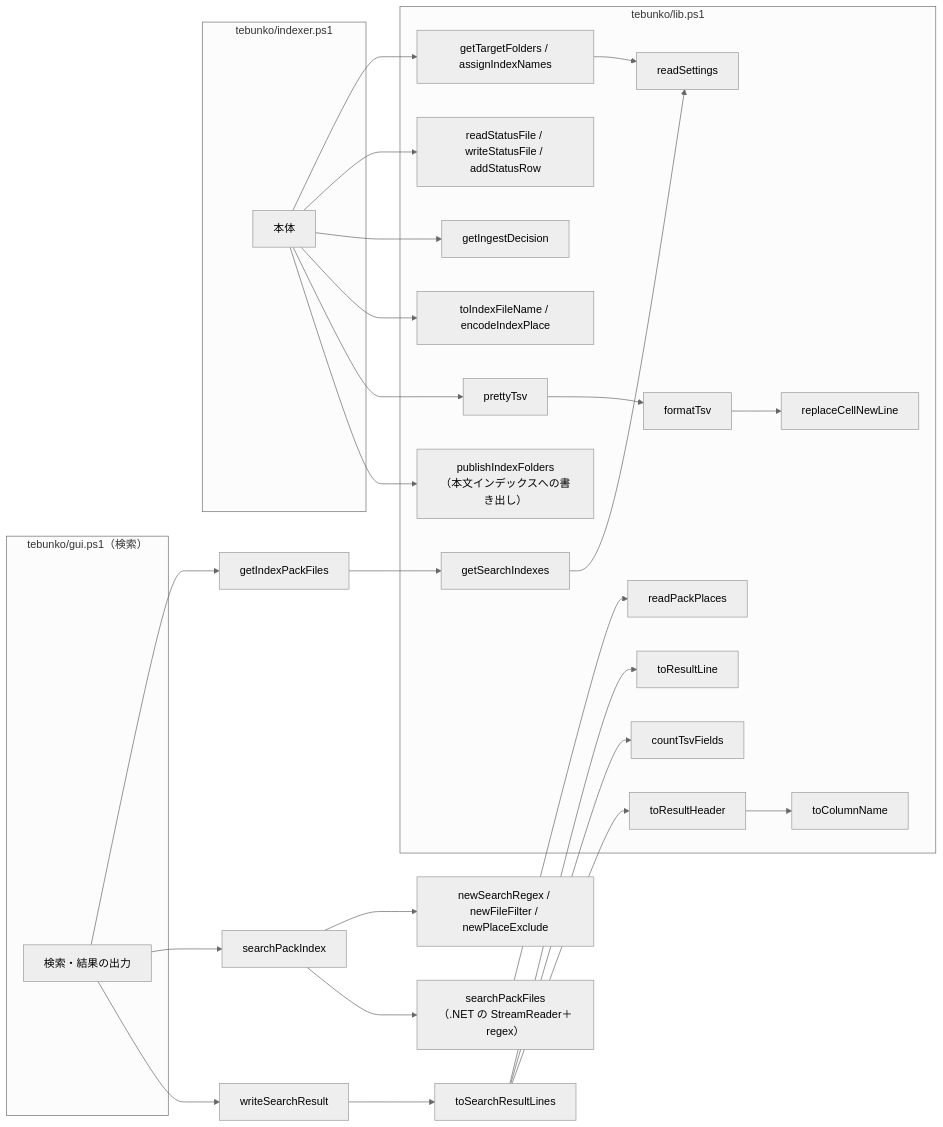
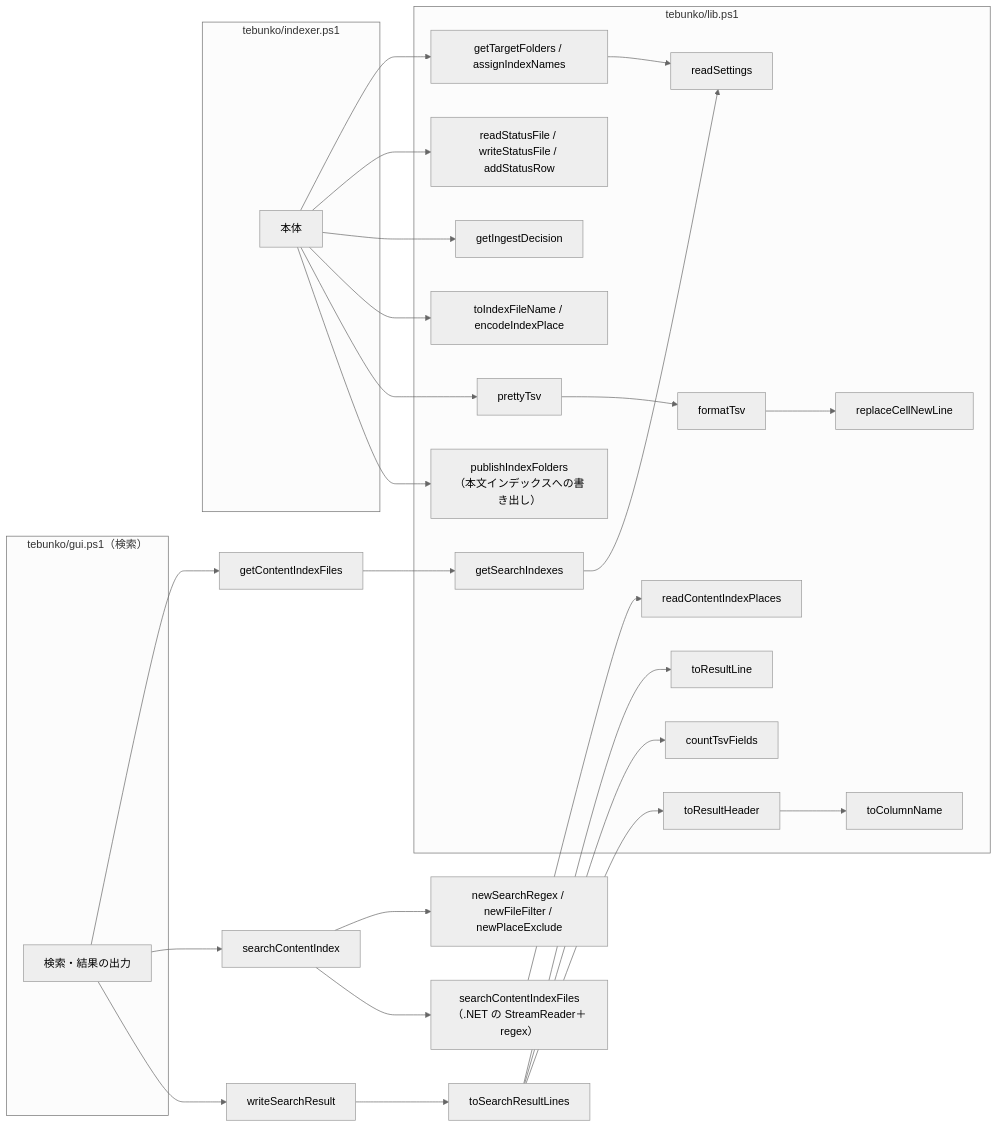
One commit to hsgwa/tebunko changed the second of 3 diagrams in docs/design/reference/index.md. Above: the diagram before and after it, drawn with Mermaid (neutral theme). The commit also changed other lines of this file and 81 other files, not shown here.

First line of the commit message:
refactor: 集約ファイル（pack）のコードの名前を本文インデックス（contentIndex）に改める (#185)

````diff
--- a/docs/design/reference/index.md
+++ b/docs/design/reference/index.md
@@ -47,41 +47,41 @@
 ```mermaid
 flowchart LR
     subgraph OTS["tebunko/indexer.ps1"]
         OT["本体"]
     end
     subgraph GRS["tebunko/gui.ps1（検索）"]
         GR["検索・結果の出力"]
     end
     subgraph CMS["tebunko/lib.ps1"]
         RCL["readSettings"]
         RSF["readStatusFile / writeStatusFile / addStatusRow"]
         GTF["getTargetFolders / assignIndexNames"]
         GID["getIngestDecision"]
         GIF["getSearchIndexes"]
         TSF["toIndexFileName / encodeIndexPlace"]
         RNL["replaceCellNewLine"]
         FT["formatTsv"]
         PT["prettyTsv"]
         PUB["publishIndexFolders<br>（本文インデックスへの書き出し）"]
-        RPP["readPackPlaces"]
+        RPP["readContentIndexPlaces"]
         TRL["toResultLine"]
         CTF["countTsvFields"]
         TRH["toResultHeader"]
         TCN["toColumnName"]
     end
 
     OT --> GTF --> RCL
     OT --> RSF
     OT --> GID
     OT --> TSF
     OT --> PT --> FT --> RNL
     OT --> PUB
-    GR --> ITF["getIndexPackFiles"] --> GIF --> RCL
-    GR --> SI["searchPackIndex"]
+    GR --> ITF["getContentIndexFiles"] --> GIF --> RCL
+    GR --> SI["searchContentIndex"]
     SI --> NSR["newSearchRegex / newFileFilter / newPlaceExclude"]
-    SI --> STF["searchPackFiles<br>（.NET の StreamReader＋regex）"] --> RPP
+    SI --> STF["searchContentIndexFiles<br>（.NET の StreamReader＋regex）"] --> RPP
     GR --> WSR["writeSearchResult"] --> TSR["toSearchResultLines"]
     TSR --> TRL
     TSR --> CTF
     TSR --> TRH --> TCN
 ```
````
